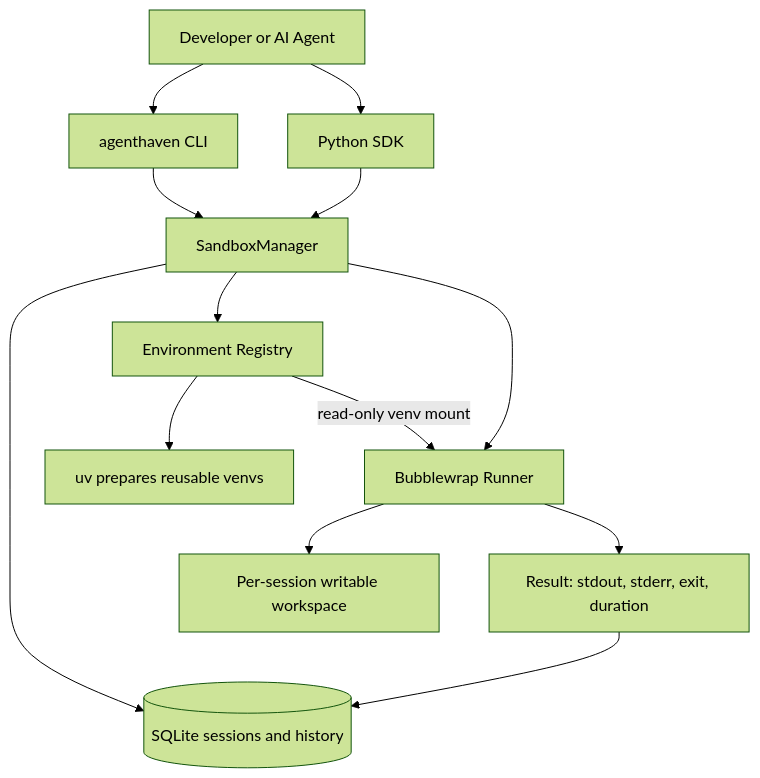
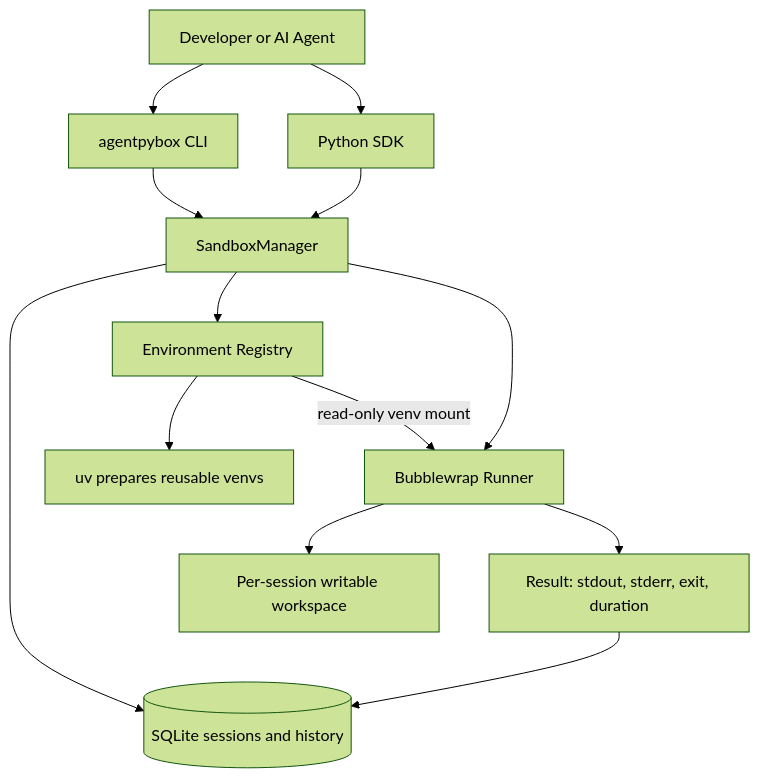
Before and after one commit to sagar-khangan/agentpybox: the diagram in README.md, drawn with Mermaid (forest theme). The commit also changed other lines of this file and 37 other files, not shown here.

````diff
--- a/README.md
+++ b/README.md
@@ -41,15 +41,15 @@
 ```mermaid
 flowchart TD
-    U[Developer or AI Agent] --> CLI[agenthaven CLI]
+    U[Developer or AI Agent] --> CLI[agentpybox CLI]
     U --> SDK[Python SDK]
     CLI --> M[SandboxManager]
     SDK --> M
     M --> DB[(SQLite sessions and history)]
     M --> ER[Environment Registry]
     ER --> UV[uv prepares reusable venvs]
     M --> R[Bubblewrap Runner]
     ER -->|read-only venv mount| R
     R --> W[Per-session writable workspace]
     R --> O[Result: stdout, stderr, exit, duration]
     O --> DB
 ```
````
